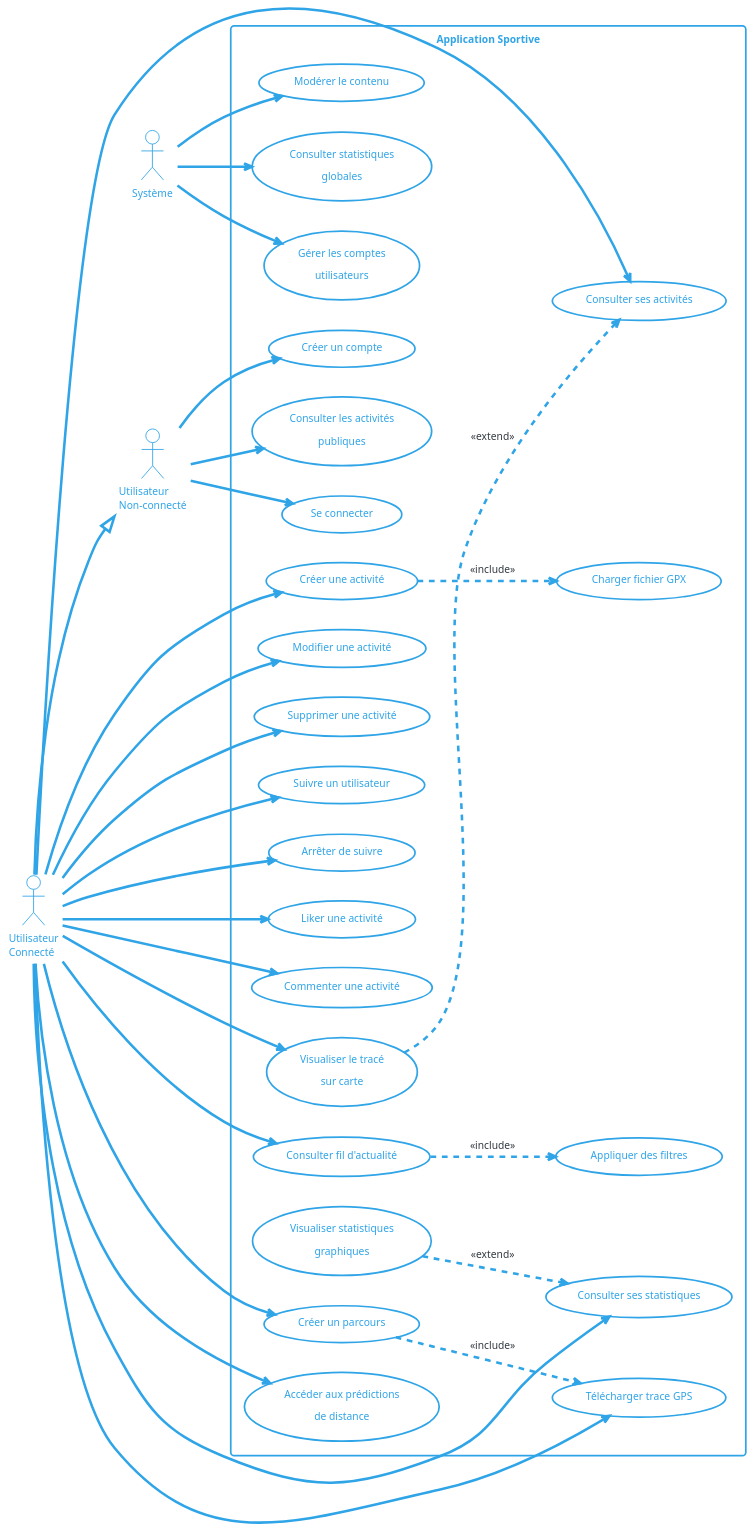
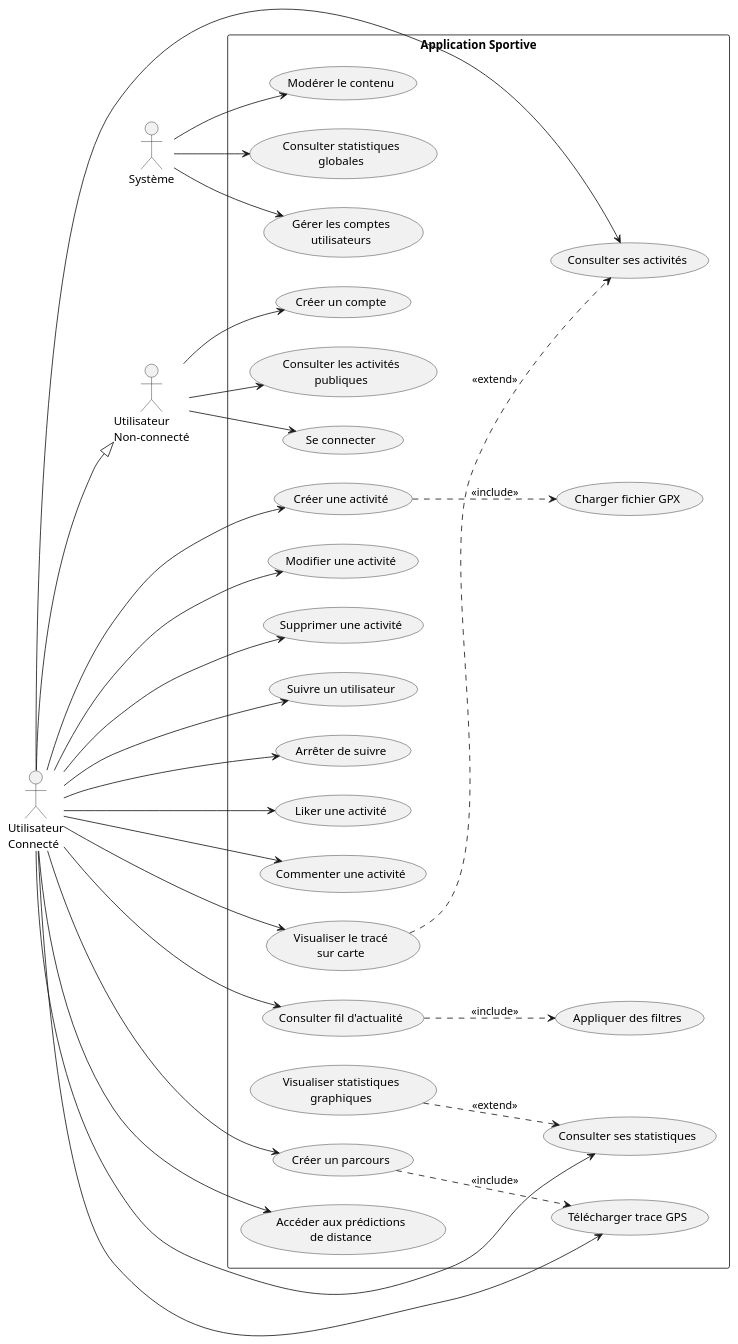
Before and after one commit to MariusAnicet/test: the diagram in diagrammes_cas_utilisation.md, drawn with PlantUML.

```diff
--- a/diagrammes_cas_utilisation.md
+++ b/diagrammes_cas_utilisation.md
@@ -1,5 +1,5 @@
 @startuml
-!theme cerulean-outline
+
 
 ' Configuration
 left to right direction
```
